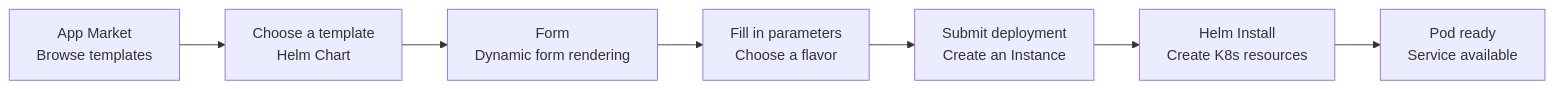
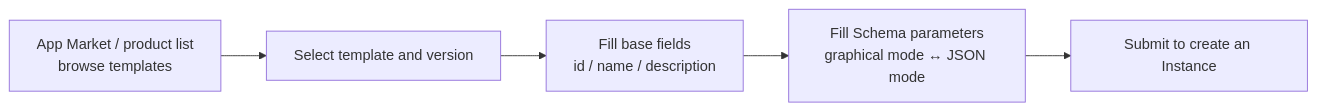
The diagram in src/pages/docs/en/10.rune/03.console/index.md (poxiaoyun/docs), drawn with Mermaid before and after one commit. The commit also changed other lines of this file and 463 other files, not shown here.

````diff
--- a/src/pages/docs/en/10.rune/03.console/index.md
+++ b/src/pages/docs/en/10.rune/03.console/index.md
@@ -143,9 +60,7 @@
 ```mermaid
 flowchart LR
- A["App Market<br/>Browse templates"] --> B["Choose a template<br/>Helm Chart"]
- B --> C["Form<br/>Dynamic form rendering"]
- C --> D["Fill in parameters<br/>Choose a flavor"]
- D --> E["Submit deployment<br/>Create an Instance"]
- E --> F["Helm Install<br/>Create K8s resources"]
- F --> G["Pod ready<br/>Service available"]
+ A["App Market / product list<br/>browse templates"] --> B["Select template and version"]
+ B --> C["Fill base fields<br/>id / name / description"]
+ C --> D["Fill Schema parameters<br/>graphical mode ↔ JSON mode"]
+ D --> E["Submit to create an Instance"]
 ```
````
